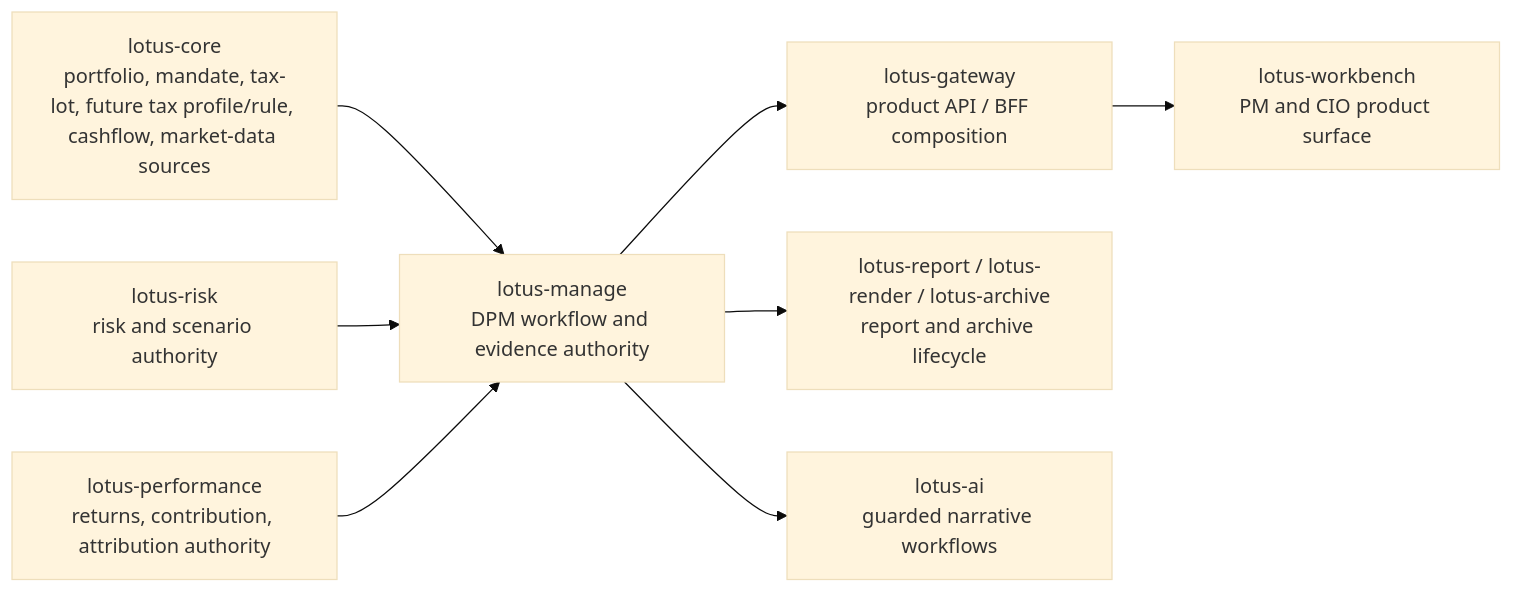
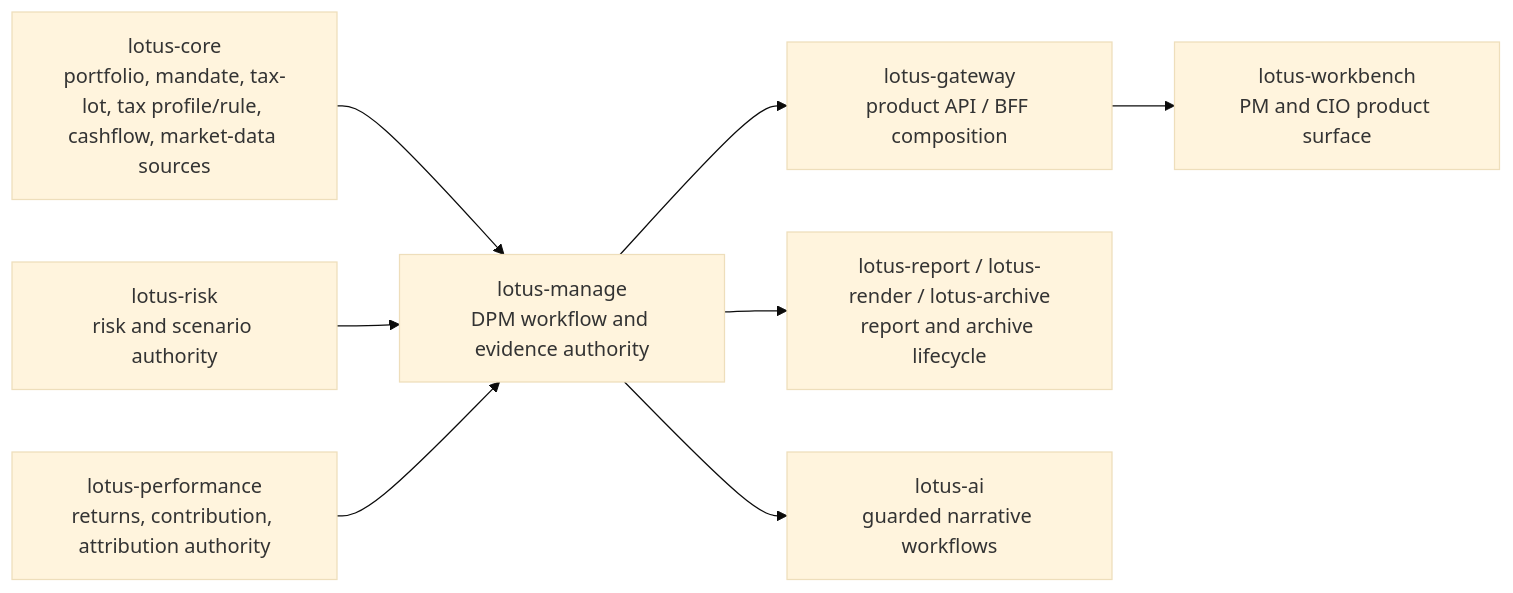
One commit to sgajbi/lotus-manage changed the first of 9 diagrams in wiki/Supported-Features.md. Above: the diagram before and after it, drawn with Mermaid (base theme). The commit also changed other lines of this file and 4 other files, not shown here.

````diff
--- a/wiki/Supported-Features.md
+++ b/wiki/Supported-Features.md
@@ -17,19 +17,19 @@
 ```mermaid
 flowchart LR
-    Core[lotus-core<br/>portfolio, mandate, tax-lot, future tax profile/rule, cashflow, market-data sources]
+    Core[lotus-core<br/>portfolio, mandate, tax-lot, tax profile/rule, cashflow, market-data sources]
     Risk[lotus-risk<br/>risk and scenario authority]
     Performance[lotus-performance<br/>returns, contribution, attribution authority]
     Manage[lotus-manage<br/>DPM workflow and evidence authority]
     Gateway[lotus-gateway<br/>product API / BFF composition]
     Workbench[lotus-workbench<br/>PM and CIO product surface]
     Report[lotus-report / lotus-render / lotus-archive<br/>report and archive lifecycle]
     AI[lotus-ai<br/>guarded narrative workflows]
 
     Core --> Manage
     Risk --> Manage
     Performance --> Manage
     Manage --> Gateway
     Gateway --> Workbench
     Manage --> Report
     Manage --> AI
 ```
````
